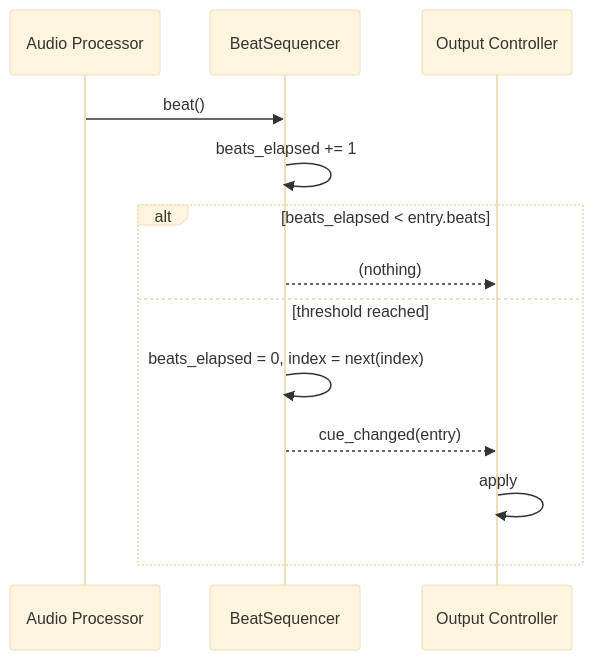
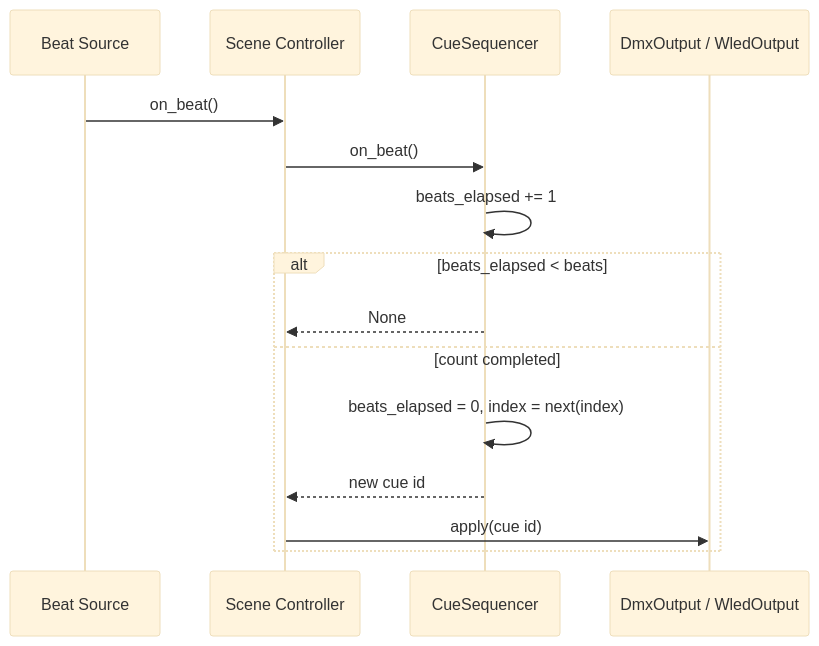
One commit to glane339/lightsappnew changed the second of 2 diagrams in docs/show_control_architecture.md. Above: the diagram before and after it, drawn with Mermaid (base theme). The commit also changed other lines of this file and 23 other files, not shown here.

````diff
--- a/docs/show_control_architecture.md
+++ b/docs/show_control_architecture.md
@@ -136,16 +154,18 @@
 ```mermaid
 sequenceDiagram
-    participant AP as Audio Processor
-    participant SEQ as BeatSequencer
-    participant OUT as Output Controller
+    participant BS as Beat Source
+    participant SC as Scene Controller
+    participant SEQ as CueSequencer
+    participant OUT as DmxOutput / WledOutput
 
-    AP->>SEQ: beat()
+    BS->>SC: on_beat()
+    SC->>SEQ: on_beat()
     SEQ->>SEQ: beats_elapsed += 1
-    alt beats_elapsed < entry.beats
-        SEQ-->>OUT: (nothing)
-    else threshold reached
+    alt beats_elapsed < beats
+        SEQ-->>SC: None
+    else count completed
         SEQ->>SEQ: beats_elapsed = 0, index = next(index)
-        SEQ-->>OUT: cue_changed(entry)
-        OUT->>OUT: apply
+        SEQ-->>SC: new cue id
+        SC->>OUT: apply(cue id)
     end
 ```
````
